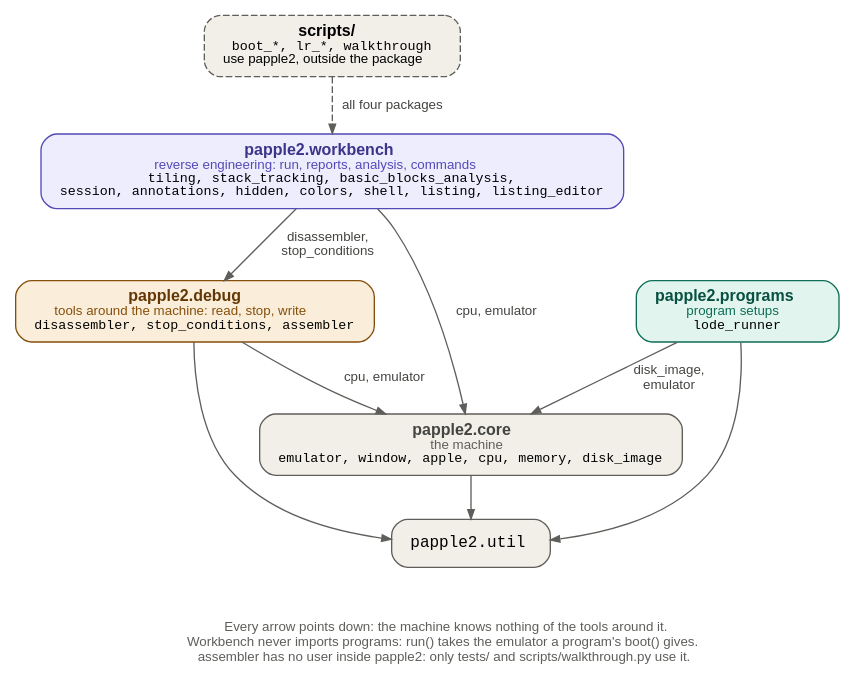
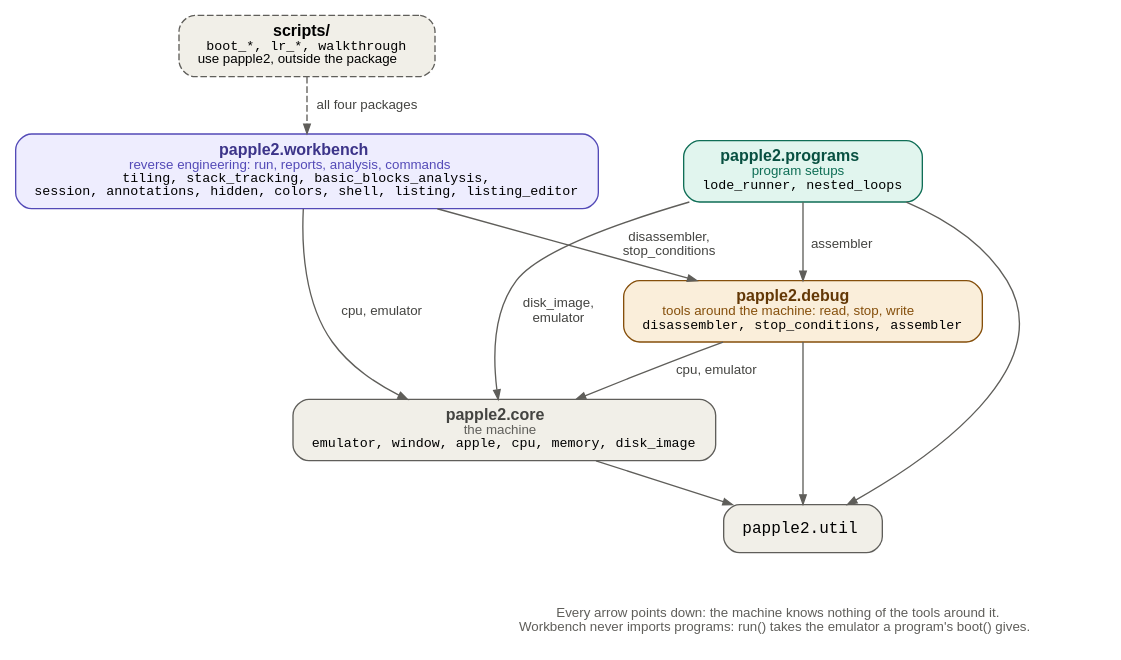
Before and after one commit to fschuhi/papple2: the diagram in docs/diagrams/packages.dot, drawn with Graphviz. The commit also changed 5 other files, not shown here.

```diff
--- a/docs/diagrams/packages.dot
+++ b/docs/diagrams/packages.dot
@@ -1,45 +1,44 @@
 // Overview: the four packages of papple2 and who imports whom.
 // The insides of workbench and core are in workbench.dot and core.dot.
 //
 // An arrow points from the package that imports to the package imported,
 // labelled with the modules imported. Rendered by `make presentation`.
 
 digraph packages {
     rankdir=TB;
     newrank=true;
     size="13.3,7.5";
     nodesep=0.5;
     ranksep=0.45;
     bgcolor="white";
     fontname="Helvetica";
     node [shape=box, style="rounded,filled", fontname="Helvetica", fontsize=12,
           color="#5F5E5A", penwidth=1, margin="0.2,0.1"];
     edge [color="#5F5E5A", fontname="Helvetica", fontsize=10, fontcolor="#444441",
           arrowsize=0.7];
 
     scripts [style="rounded,filled,dashed", fillcolor="#F1EFE8", label=<<B>scripts/</B><BR/><FONT POINT-SIZE="10" FACE="monospace">boot_*, lr_*, walkthrough</FONT><BR/><FONT POINT-SIZE="10">use papple2, outside the package</FONT>>];
 
     workbench [fillcolor="#EEEDFE", color="#534AB7", label=<<FONT COLOR="#3C3489"><B>papple2.workbench</B></FONT><BR/><FONT POINT-SIZE="10" COLOR="#534AB7">reverse engineering: run, reports, analysis, commands</FONT><BR/><FONT POINT-SIZE="10" FACE="monospace">tiling, stack_tracking, basic_blocks_analysis,<BR/>session, annotations, hidden, colors, shell, listing, listing_editor</FONT>>];
 
     debug [fillcolor="#FAEEDA", color="#854F0B", label=<<FONT COLOR="#633806"><B>papple2.debug</B></FONT><BR/><FONT POINT-SIZE="10" COLOR="#854F0B">tools around the machine: read, stop, write</FONT><BR/><FONT POINT-SIZE="10" FACE="monospace">disassembler, stop_conditions, assembler</FONT>>];
 
-    programs [fillcolor="#E1F5EE", color="#0F6E56", label=<<FONT COLOR="#085041"><B>papple2.programs</B></FONT><BR/><FONT POINT-SIZE="10" COLOR="#0F6E56">program setups</FONT><BR/><FONT POINT-SIZE="10" FACE="monospace">lode_runner</FONT>>];
+    programs [fillcolor="#E1F5EE", color="#0F6E56", label=<<FONT COLOR="#085041"><B>papple2.programs</B></FONT><BR/><FONT POINT-SIZE="10" COLOR="#0F6E56">program setups</FONT><BR/><FONT POINT-SIZE="10" FACE="monospace">lode_runner, nested_loops</FONT>>];
 
     core [fillcolor="#F1EFE8", color="#5F5E5A", label=<<FONT COLOR="#444441"><B>papple2.core</B></FONT><BR/><FONT POINT-SIZE="10" COLOR="#5F5E5A">the machine</FONT><BR/><FONT POINT-SIZE="10" FACE="monospace">emulator, window, apple, cpu, memory, disk_image</FONT>>];
 
     util [fillcolor="#F1EFE8", label=<<FONT FACE="monospace">papple2.util</FONT>>];
 
-    { rank=same; debug; programs; }
-
     scripts -> workbench [style=dashed, label=" all four packages "];
     workbench -> debug [label=" disassembler,\n stop_conditions "];
     workbench -> core [label=" cpu, emulator "];
     debug -> core [label=" cpu, emulator "];
+    programs -> debug [label=" assembler "];
     programs -> core [label=" disk_image,\n emulator "];
     core -> util;
     debug -> util;
     programs -> util;
 
-    note [shape=plaintext, style="", fontsize=10, fontcolor="#5F5E5A", label=<Every arrow points down: the machine knows nothing of the tools around it.<BR/>Workbench never imports programs: run() takes the emulator a program's boot() gives.<BR/>assembler has no user inside papple2: only tests/ and scripts/walkthrough.py use it.>];
+    note [shape=plaintext, style="", fontsize=10, fontcolor="#5F5E5A", label=<Every arrow points down: the machine knows nothing of the tools around it.<BR/>Workbench never imports programs: run() takes the emulator a program's boot() gives.>];
     util -> note [style=invis];
 }
```
